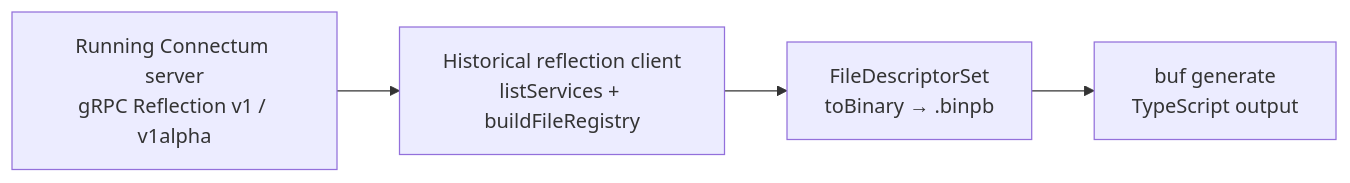
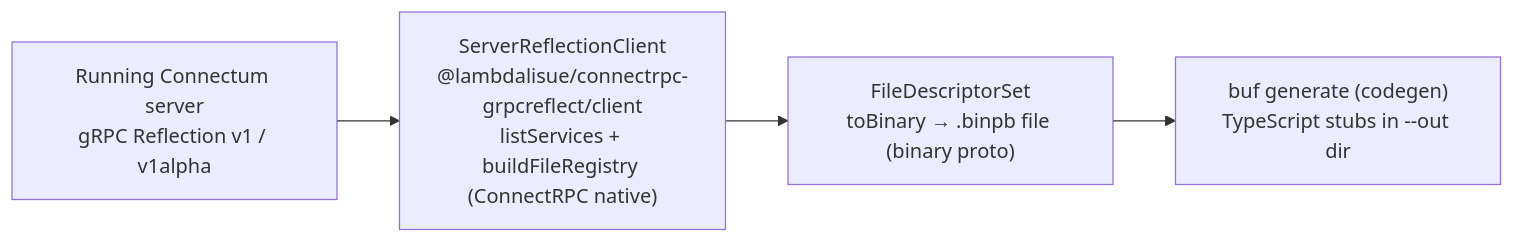
The diagram in en/contributing/adr/020-reflection-proto-sync.md (Connectum-Framework/docs), drawn with Mermaid before and after one commit. The commit also changed other lines of this file and 18 other files, not shown here.

````diff
--- a/en/contributing/adr/020-reflection-proto-sync.md
+++ b/en/contributing/adr/020-reflection-proto-sync.md
@@ -188,8 +188,8 @@
 ```mermaid
 flowchart LR
     Server["Running Connectum server<br/>gRPC Reflection v1 / v1alpha"]
-    Client["Historical reflection client<br/>listServices + buildFileRegistry"]
-    Descriptors["FileDescriptorSet<br/>toBinary → .binpb"]
-    Buf["buf generate<br/>TypeScript output"]
+    Client["ServerReflectionClient<br/>@lambdalisue/connectrpc-grpcreflect/client<br/>listServices + buildFileRegistry (ConnectRPC native)"]
+    Descriptors["FileDescriptorSet<br/>toBinary → .binpb file (binary proto)"]
+    Buf["buf generate (codegen)<br/>TypeScript stubs in --out dir"]
     Server --> Client --> Descriptors --> Buf
 ```
````
